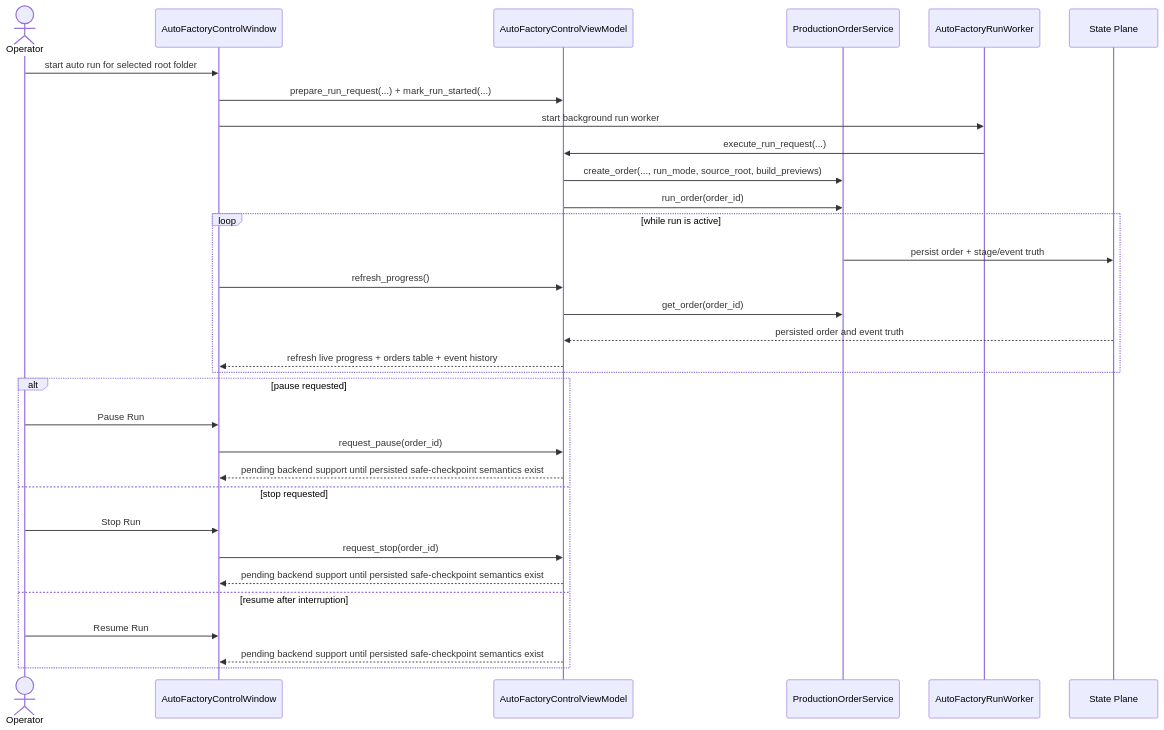
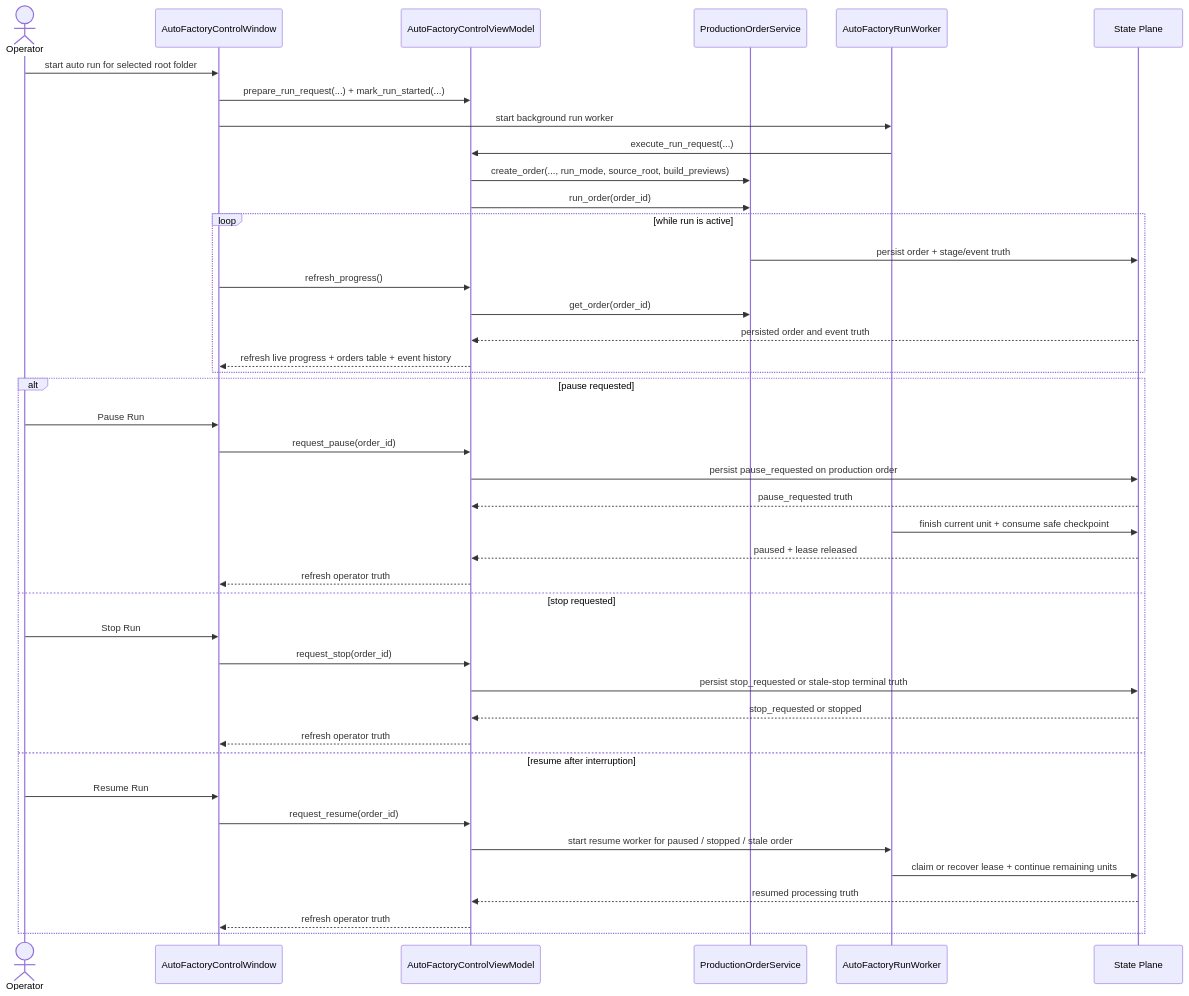
The eighth of 35 diagrams in doc/10_UML_System_Overview.md (idev006/MTClipFactory), drawn with Mermaid before and after one commit. The commit also changed 13 other files, not shown here.

Commit message:
Harden local-worker run control truth

````diff
--- a/doc/10_UML_System_Overview.md
+++ b/doc/10_UML_System_Overview.md
@@ -740,35 +740,45 @@
 ```mermaid
 sequenceDiagram
     actor Operator
     participant View as AutoFactoryControlWindow
     participant VM as AutoFactoryControlViewModel
     participant OrderSvc as ProductionOrderService
     participant Worker as AutoFactoryRunWorker
     participant State as State Plane
 
     Operator->>View: start auto run for selected root folder
     View->>VM: prepare_run_request(...) + mark_run_started(...)
     View->>Worker: start background run worker
     Worker->>VM: execute_run_request(...)
     VM->>OrderSvc: create_order(..., run_mode, source_root, build_previews)
     VM->>OrderSvc: run_order(order_id)
     loop while run is active
         OrderSvc->>State: persist order + stage/event truth
         View->>VM: refresh_progress()
         VM->>OrderSvc: get_order(order_id)
         State-->>VM: persisted order and event truth
         VM-->>View: refresh live progress + orders table + event history
     end
     alt pause requested
         Operator->>View: Pause Run
         View->>VM: request_pause(order_id)
-        VM-->>View: pending backend support until persisted safe-checkpoint semantics exist
+        VM->>State: persist pause_requested on production order
+        State-->>VM: pause_requested truth
+        Worker->>State: finish current unit + consume safe checkpoint
+        State-->>VM: paused + lease released
+        VM-->>View: refresh operator truth
     else stop requested
         Operator->>View: Stop Run
         View->>VM: request_stop(order_id)
-        VM-->>View: pending backend support until persisted safe-checkpoint semantics exist
+        VM->>State: persist stop_requested or stale-stop terminal truth
+        State-->>VM: stop_requested or stopped
+        VM-->>View: refresh operator truth
     else resume after interruption
         Operator->>View: Resume Run
-        VM-->>View: pending backend support until persisted safe-checkpoint semantics exist
+        View->>VM: request_resume(order_id)
+        VM->>Worker: start resume worker for paused / stopped / stale order
+        Worker->>State: claim or recover lease + continue remaining units
+        State-->>VM: resumed processing truth
+        VM-->>View: refresh operator truth
     end
 ```
````
